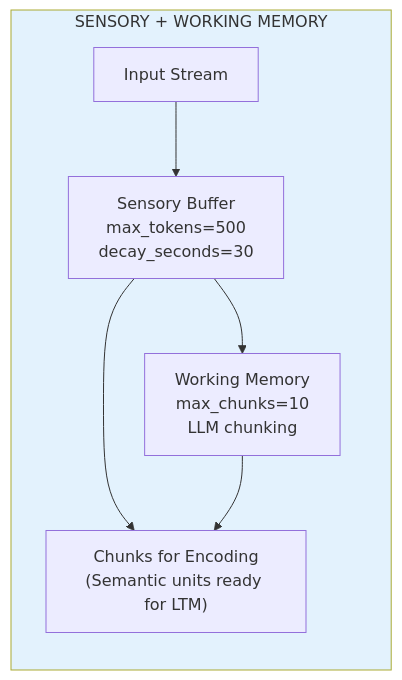
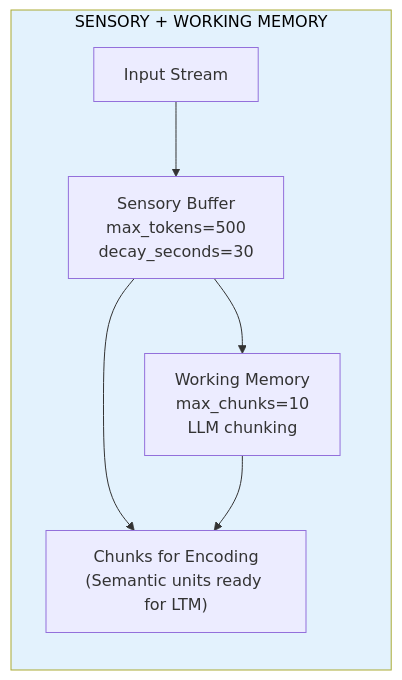
Before and after one commit to avinash-mall/CognitiveMemoryLayer: the second of 9 diagrams in README.md, drawn with Mermaid. The commit also changed other lines of this file and 2 other files, not shown here.

Commit message:
fix: mermaid text visibility and quote formatting

````diff
--- a/README.md
+++ b/README.md
@@ -134,9 +128,9 @@
 ```mermaid
 flowchart LR
     subgraph STM["SENSORY + WORKING MEMORY"]
         input["Input Stream"] --> sensory["Sensory Buffer<br/>max_tokens=500<br/>decay_seconds=30"]
         sensory --> working["Working Memory<br/>max_chunks=10<br/>LLM chunking"]
         sensory & working --> chunks["Chunks for Encoding<br/>(Semantic units ready for LTM)"]
     end
-    style STM fill:#e3f2fd
+    style STM fill:#e3f2fd,color:#000
 ```
````
